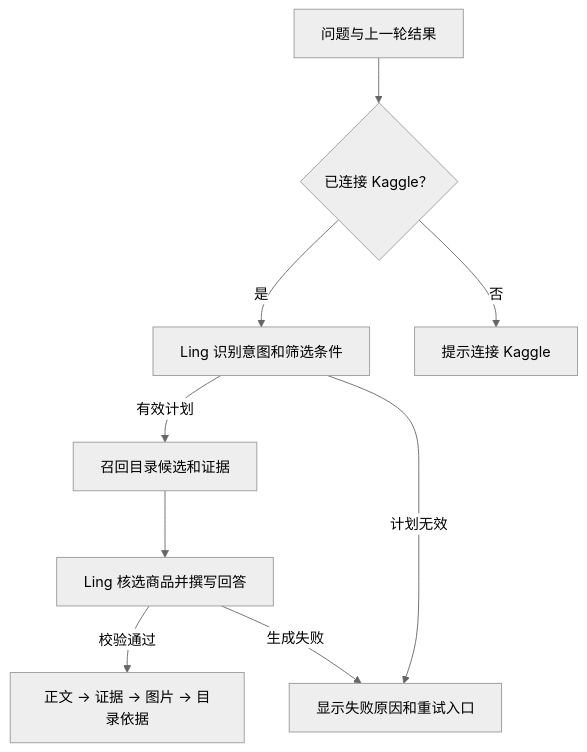
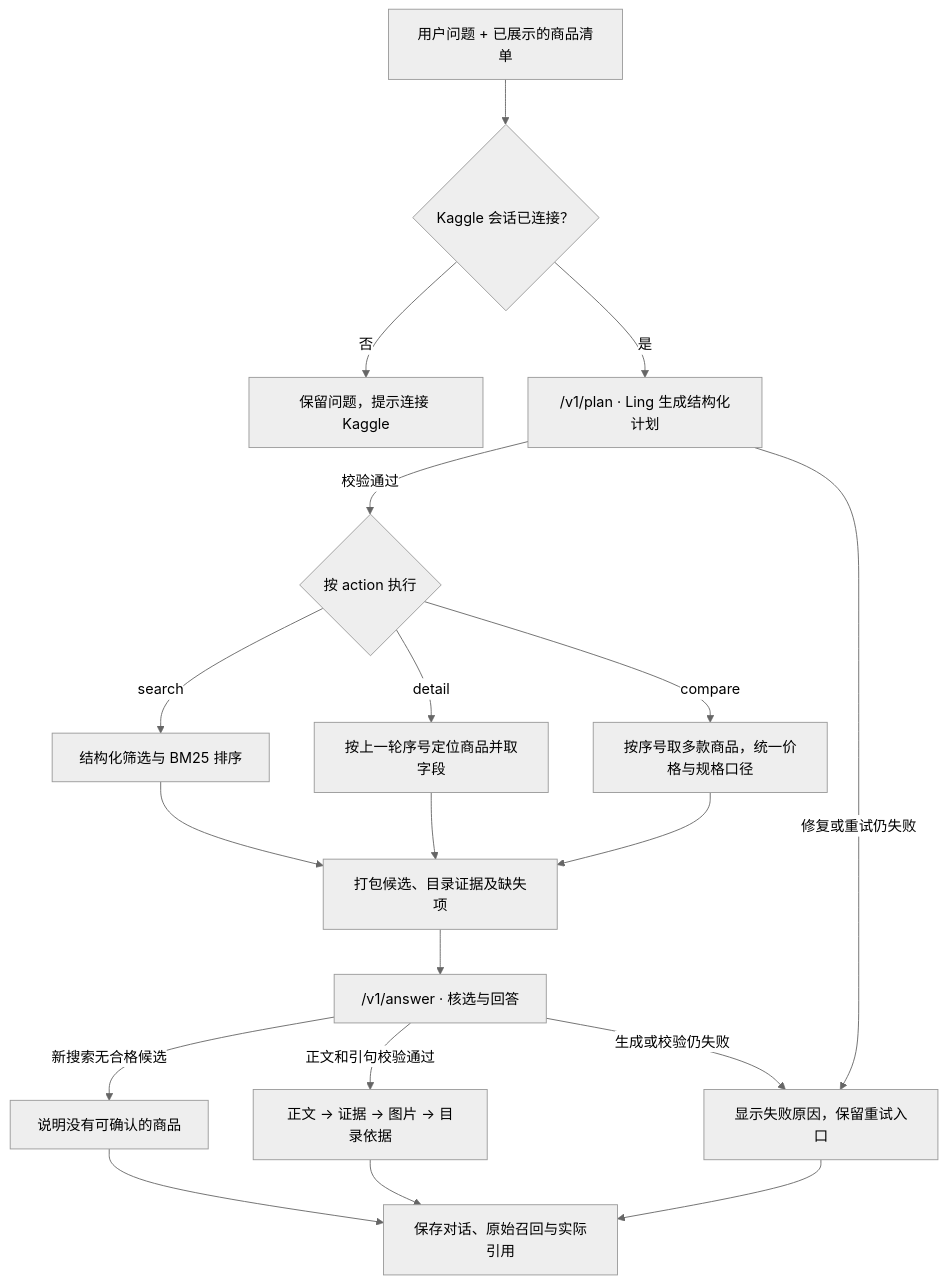
Before and after one commit to AaronYue77/webshop-ling-rag: the second of 2 diagrams in README.md, drawn with Mermaid (neutral theme). The commit also changed other lines of this file and 6 other files, not shown here.

First line of the commit message:
Expand WebShop architecture diagrams and answer diagnostics

````diff
--- a/README.md
+++ b/README.md
@@ -62,11 +96,21 @@
 ```mermaid
 flowchart TD
-  Q["问题与上一轮结果"] --> C{"已连接 Kaggle？"}
-  C -->|是| L["Ling 识别意图和筛选条件"]
-  C -->|否| P["提示连接 Kaggle"]
-  L -->|有效计划| R["召回目录候选和证据"]
-  R --> G["Ling 核选商品并撰写回答"]
-  G -->|校验通过| A["正文 → 证据 → 图片 → 目录依据"]
-  L -->|计划无效| F["显示失败原因和重试入口"]
-  G -->|生成失败| F
+  Q["用户问题 + 已展示的商品清单"] --> C{"Kaggle 会话已连接？"}
+  C -->|否| P["保留问题，提示连接 Kaggle"]
+  C -->|是| PL["/v1/plan · Ling 生成结构化计划"]
+  PL -->|校验通过| ROUTE{"按 action 执行"}
+  PL -->|修复或重试仍失败| ERR["显示失败原因，保留重试入口"]
+  ROUTE -->|search| RECALL["结构化筛选与 BM25 排序"]
+  ROUTE -->|detail| DETAIL["按上一轮序号定位商品并取字段"]
+  ROUTE -->|compare| COMPARE["按序号取多款商品，统一价格与规格口径"]
+  RECALL --> E["打包候选、目录证据及缺失项"]
+  DETAIL --> E
+  COMPARE --> E
+  E --> A["/v1/answer · 核选与回答"]
+  A -->|新搜索无合格候选| EMPTY["说明没有可确认的商品"]
+  A -->|正文和引句校验通过| VIEW["正文 → 证据 → 图片 → 目录依据"]
+  A -->|生成或校验仍失败| ERR
+  VIEW --> LOG["保存对话、原始召回与实际引用"]
+  EMPTY --> LOG
+  ERR --> LOG
 ```
````
